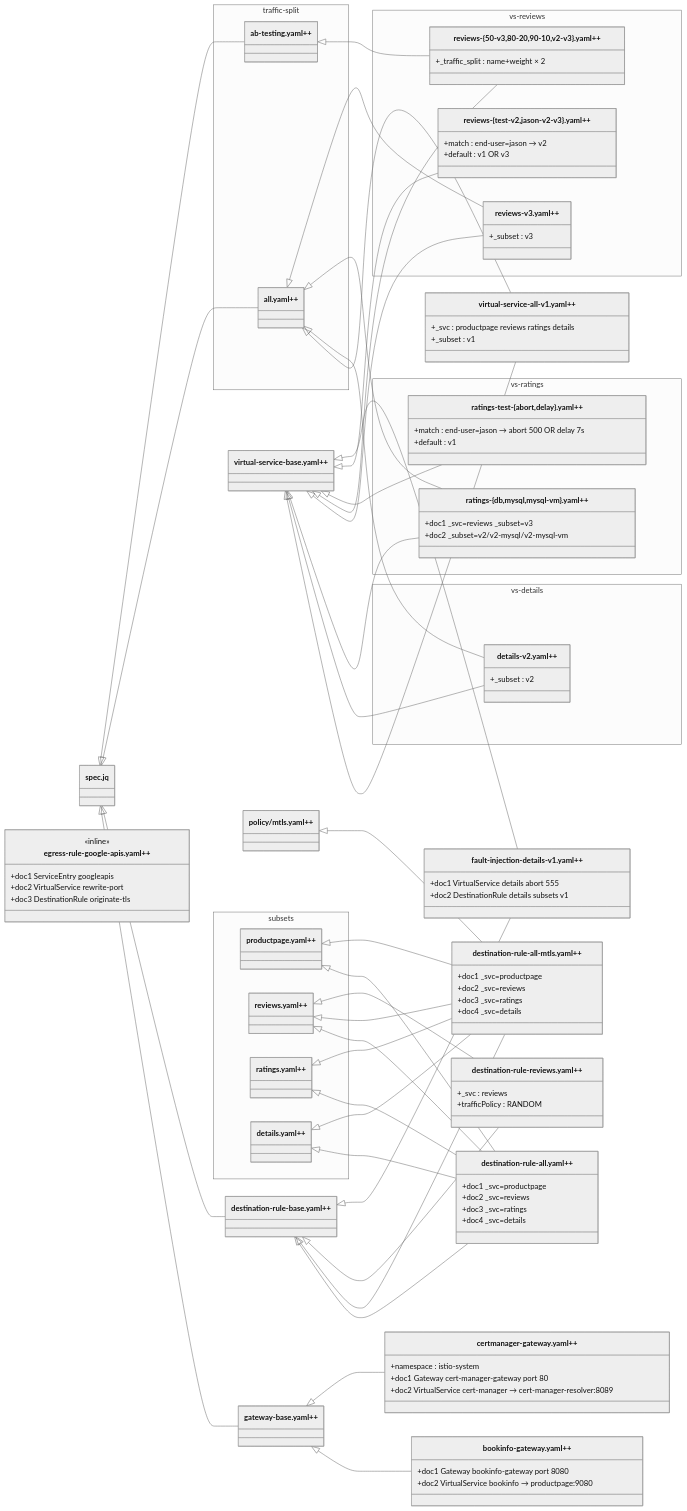
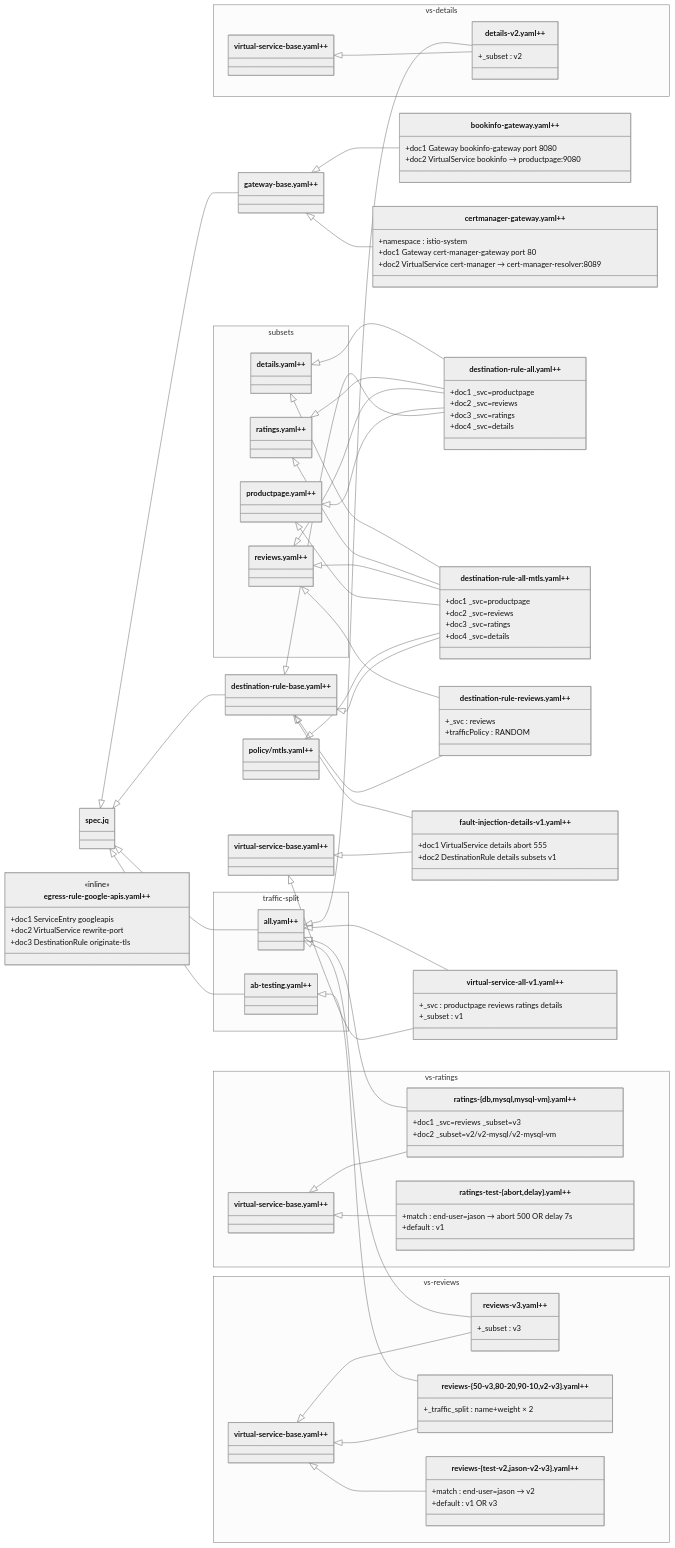
One commit to dakusui/istio changed the diagram in samples/bookinfo/networking/.refactoring/refactored/CLASS_DIAGRAM.md. Above: the diagram before and after it, drawn with Mermaid (neutral theme). The commit also changed other lines of this file, not shown here.

Commit message:
docs(bookinfo): repeat virtual-service-base once per VS package in class diagram
Place a copy of virtual-service-base.yaml++ inside each of vs-details,
vs-ratings, and vs-reviews so inheritance arrows stay local to the package.
Add a prose note explaining the repetition.

```diff
--- a/samples/bookinfo/networking/.refactoring/refactored/CLASS_DIAGRAM.md
+++ b/samples/bookinfo/networking/.refactoring/refactored/CLASS_DIAGRAM.md
@@ -75,12 +76,14 @@
     }
 
     namespace vs-details {
+        class vsBaseD["virtual-service-base.yaml++"]
         class vsDetailsV2["details-v2.yaml++"] {
             +_subset : v2
         }
     }
 
     namespace vs-ratings {
+        class vsBaseRa["virtual-service-base.yaml++"]
         class vsRatingsSubset["ratings-{db,mysql,mysql-vm}.yaml++"] {
             +doc1 _svc=reviews _subset=v3
             +doc2 _subset=v2/v2-mysql/v2-mysql-vm
@@ -92,6 +95,7 @@
     }
 
     namespace vs-reviews {
+        class vsBaseRv["virtual-service-base.yaml++"]
         class vsReviewsV3["reviews-v3.yaml++"] {
             +_subset : v3
         }
@@ -118,20 +122,22 @@
     vsBase <|-- vsAllV1
     tsAll  <|-- vsAllV1
 
-    vsBase <|-- vsDetailsV2
-    tsAll  <|-- vsDetailsV2
+    vsBaseD <|-- vsDetailsV2
+    tsAll   <|-- vsDetailsV2
 
-    vsBase <|-- vsRatingsSubset
-    tsAll  <|-- vsRatingsSubset
+    vsBaseRa <|-- vsRatingsSubset
+    tsAll    <|-- vsRatingsSubset
 
-    vsBase <|-- vsReviewsV3
-    tsAll  <|-- vsReviewsV3
+    vsBaseRa <|-- vsRatingsFault
 
-    vsBase <|-- vsReviewsWeighted
-    tsAB   <|-- vsReviewsWeighted
+    vsBaseRv <|-- vsReviewsV3
+    tsAll    <|-- vsReviewsV3
 
-    vsBase <|-- vsRatingsFault
-    vsBase <|-- vsReviewsJason
+    vsBaseRv <|-- vsReviewsWeighted
+    tsAB     <|-- vsReviewsWeighted
+
+    vsBaseRv <|-- vsReviewsJason
+
     vsBase <|-- faultDetails
 
     %% ── DestinationRule leaves ───────────────────────────────────────────
```
